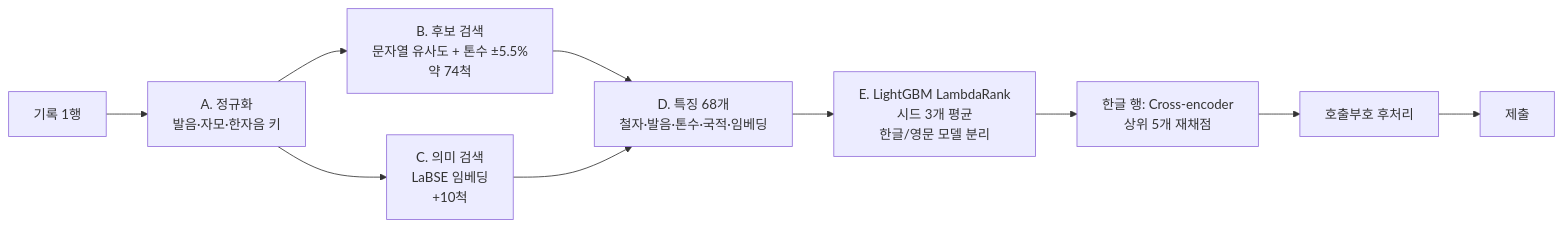
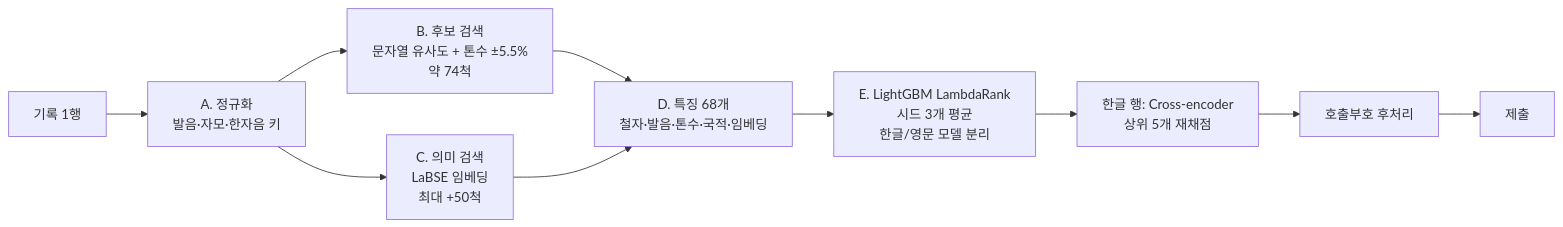
The diagram in README.md (haneul55/dacon-vessel-matching), drawn with Mermaid before and after one commit. The commit also changed other lines of this file and 5 other files, not shown here.

Commit message:
Add architecture figure and model structure study notes

````diff
--- a/README.md
+++ b/README.md
@@ -28,12 +28,12 @@
 ```mermaid
 flowchart LR
     A[기록 1행] --> B[A. 정규화<br/>발음·자모·한자음 키]
     B --> C[B. 후보 검색<br/>문자열 유사도 + 톤수 ±5.5%<br/>약 74척]
-    B --> D[C. 의미 검색<br/>LaBSE 임베딩<br/>+10척]
+    B --> D[C. 의미 검색<br/>LaBSE 임베딩<br/>최대 +50척]
     C --> E[D. 특징 68개<br/>철자·발음·톤수·국적·임베딩]
     D --> E
     E --> F[E. LightGBM LambdaRank<br/>시드 3개 평균<br/>한글/영문 모델 분리]
     F --> G[한글 행: Cross-encoder<br/>상위 5개 재채점]
     G --> H[호출부호 후처리]
     H --> I[제출]
 ```
````
